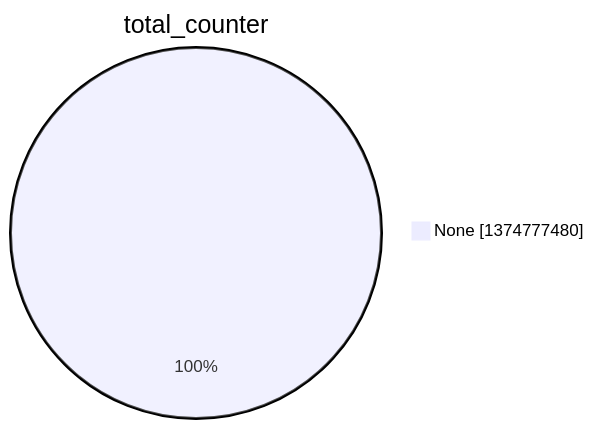
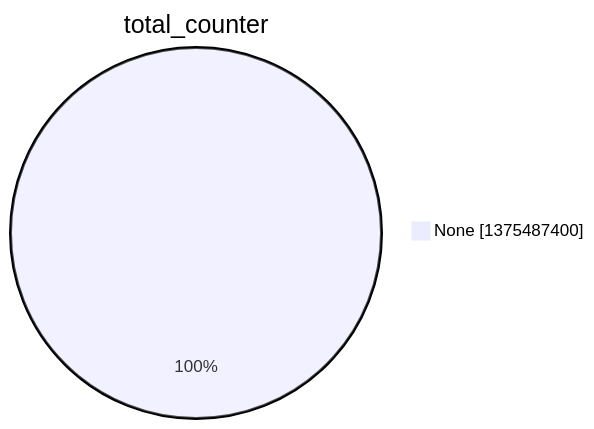
Before and after one commit to christiankrug/ctmonitor_visualization: the second of 15 diagrams in argon2022/README.md, drawn with Mermaid. The commit also changed other lines of this file, not shown here.

````diff
--- a/argon2022/README.md
+++ b/argon2022/README.md
@@ -9,5 +9,5 @@
 ```mermaid
 pie showData
 title total_counter
-"None" :1374777480
+"None" :1375487400
 ```
````
